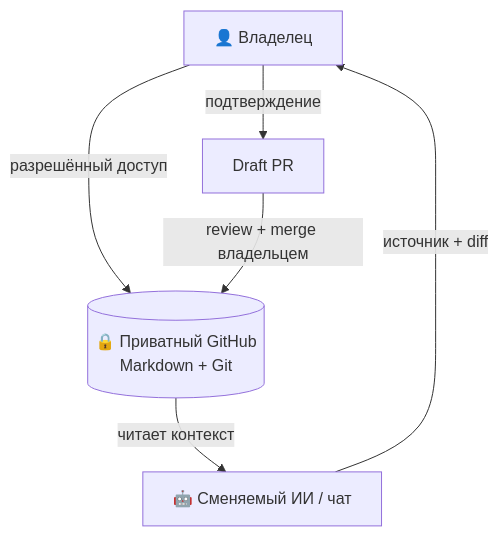
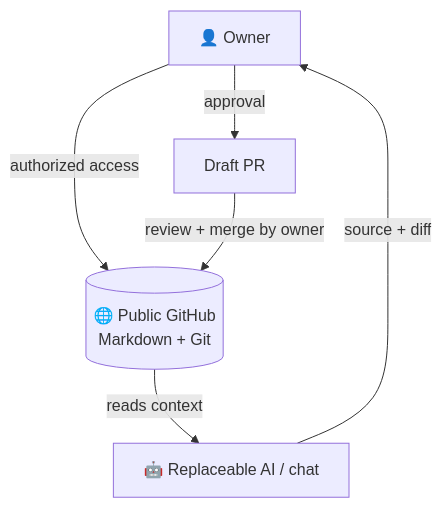
The diagram in README.md (velantrian/Velantrim-Memory-Ruslan), drawn with Mermaid before and after one commit. The commit also changed other lines of this file and 6 other files, not shown here.

````diff
--- a/README.md
+++ b/README.md
@@ -33,8 +41,8 @@
 ```mermaid
 flowchart TB
-    U["👤 Владелец"] -->|разрешённый доступ| M[("🔒 Приватный GitHub<br/>Markdown + Git")]
-    M -->|читает контекст| A["🤖 Сменяемый ИИ / чат"]
-    A -->|источник + diff| U
-    U -->|подтверждение| PR["Draft PR"]
-    PR -->|review + merge владельцем| M
+    U["👤 Owner"] -->|authorized access| M[("🌐 Public GitHub<br/>Markdown + Git")]
+    M -->|reads context| A["🤖 Replaceable AI / chat"]
+    A -->|source + diff| U
+    U -->|approval| PR["Draft PR"]
+    PR -->|review + merge by owner| M
 ```
````
